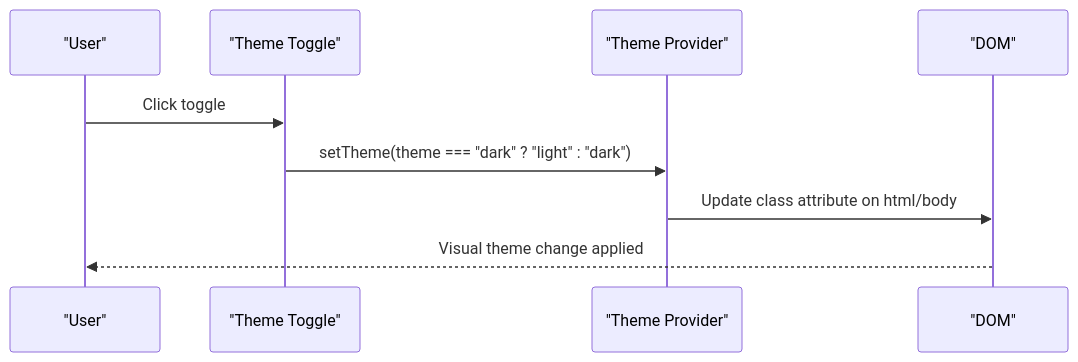
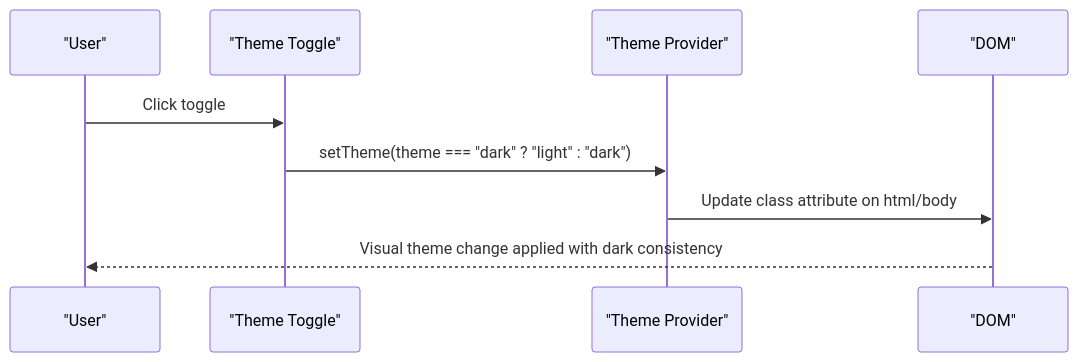
The fifth of 8 diagrams in .qoder/repowiki/en/content/UI Components/Layout Components.md (alikizang/datafrica), drawn with Mermaid before and after one commit. The commit also changed other lines of this file and 15 other files, not shown here.

````diff
--- a/.qoder/repowiki/en/content/UI Components/Layout Components.md
+++ b/.qoder/repowiki/en/content/UI Components/Layout Components.md
@@ -222,11 +262,11 @@
 ```mermaid
 sequenceDiagram
 participant U as "User"
 participant TT as "Theme Toggle"
 participant TP as "Theme Provider"
 participant DOM as "DOM"
 U->>TT : Click toggle
 TT->>TP : setTheme(theme === "dark" ? "light" : "dark")
 TP->>DOM : Update class attribute on html/body
-DOM-->>U : Visual theme change applied
+DOM-->>U : Visual theme change applied with dark consistency
 ```
````
